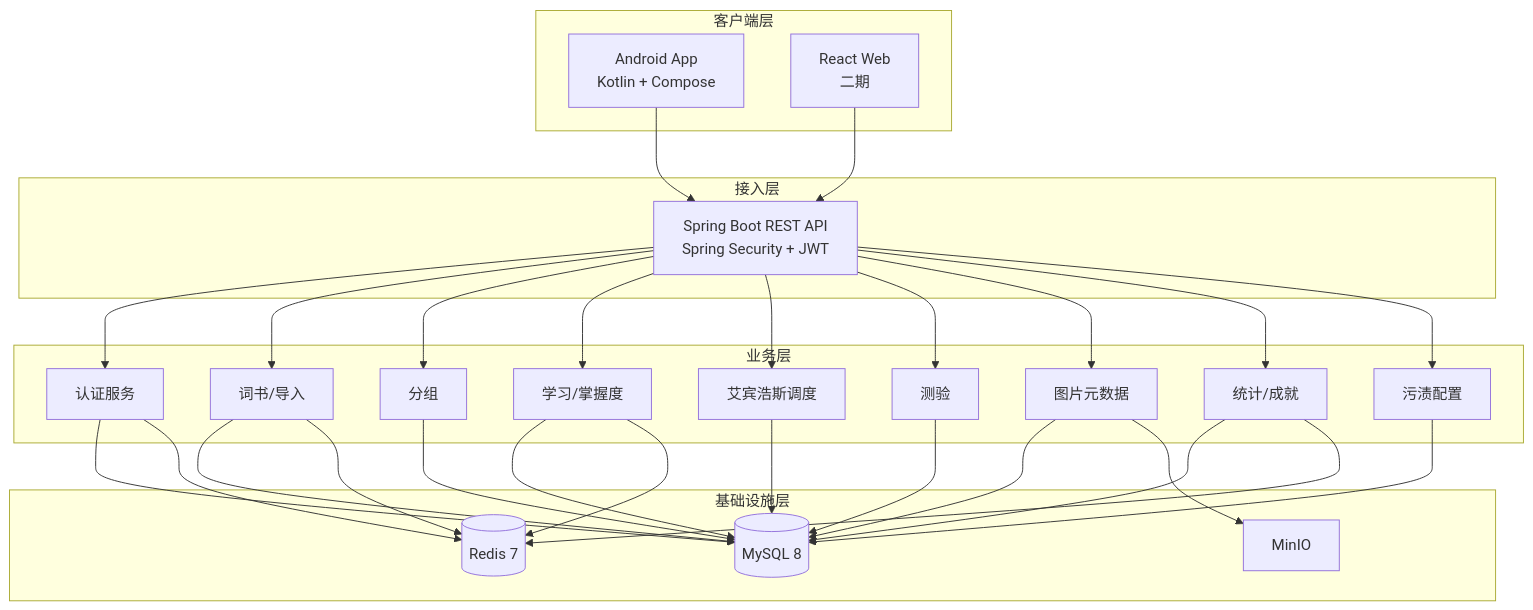
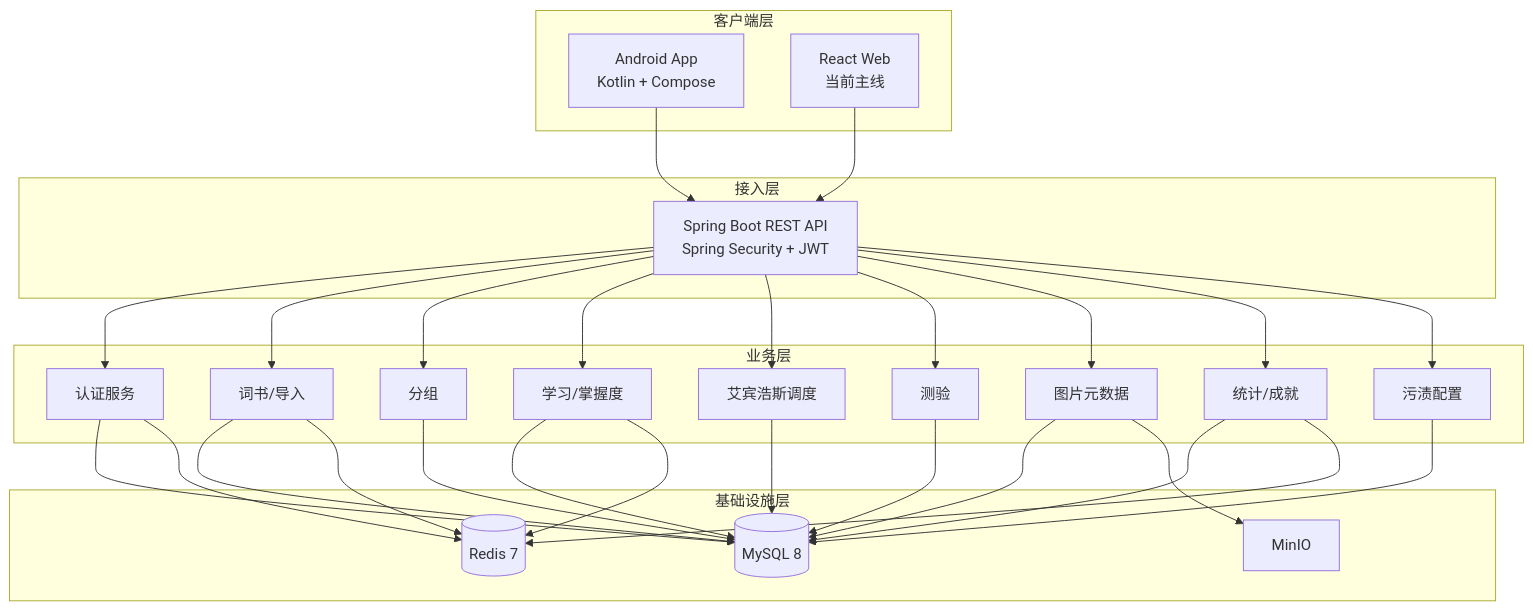
The diagram in docs/wordflip/architecture.md (Co-So/word-flip), drawn with Mermaid before and after one commit. The commit also changed other lines of this file and 6 other files, not shown here.

````diff
--- a/docs/wordflip/architecture.md
+++ b/docs/wordflip/architecture.md
@@ -43,36 +43,36 @@
 ```mermaid
 flowchart TB
   subgraph clients [客户端层]
     Android["Android App<br/>Kotlin + Compose"]
-    Web["React Web<br/>二期"]
+    Web["React Web<br/>当前主线"]
   end
 
   subgraph gateway [接入层]
     API["Spring Boot REST API<br/>Spring Security + JWT"]
   end
 
   subgraph domain [业务层]
     AuthSvc[认证服务]
     BookSvc[词书/导入]
     GroupSvc[分组]
     StudySvc[学习/掌握度]
     ReviewSvc[艾宾浩斯调度]
     QuizSvc[测验]
     ImageSvc[图片元数据]
     StatsSvc[统计/成就]
     StainSvc[污渍配置]
   end
 
   subgraph infra [基础设施层]
     MySQL[(MySQL 8)]
     Redis[(Redis 7)]
     MinIO[MinIO]
   end
 
   Android --> API
   Web --> API
   API --> AuthSvc & BookSvc & GroupSvc & StudySvc & ReviewSvc & QuizSvc & ImageSvc & StatsSvc & StainSvc
   AuthSvc & BookSvc & GroupSvc & StudySvc & ReviewSvc & QuizSvc & ImageSvc & StatsSvc & StainSvc --> MySQL
   AuthSvc & BookSvc & StudySvc & StatsSvc --> Redis
   ImageSvc --> MinIO
 ```
````
